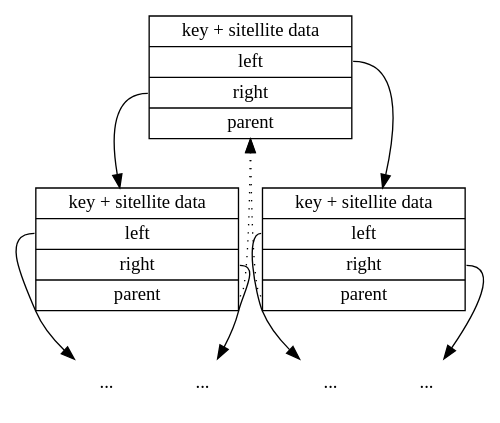
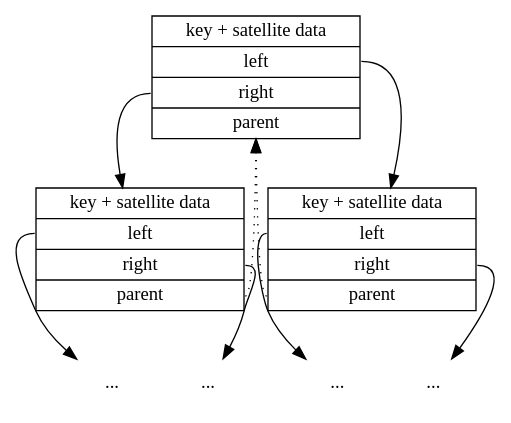
The diagram in datastruct/tree/binary-search-tree/img/node-layout-parent.dot (liuxinyu95/AlgoXY), drawn with Graphviz before and after one commit. The commit also changed 1 other file, not shown here.

```diff
--- a/datastruct/tree/binary-search-tree/img/node-layout-parent.dot
+++ b/datastruct/tree/binary-search-tree/img/node-layout-parent.dot
@@ -1,18 +1,18 @@
 digraph G{
   node [shape=record];
-  s1 [shape=record, label="{<k> key + sitellite data |<l> left|<r> right|<p> parent}"];
-  s2 [shape=record, label="{<k> key + sitellite data |<l> left|<r> right|<p> parent}"];
-  s3 [shape=record, label="{<k> key + sitellite data |<l> left|<r> right|<p> parent}"];
+  s1 [shape=record, label="{<k> key + satellite data |<l> left|<r> right|<p> parent}"];
+  s2 [shape=record, label="{<k> key + satellite data |<l> left|<r> right|<p> parent}"];
+  s3 [shape=record, label="{<k> key + satellite data |<l> left|<r> right|<p> parent}"];
   s1:r->s2;
   s2:p->s1 [style=dotted];
   s1:l->s3;
   s3:p->s1 [style=dotted];
   s2l [shape=plaintext, label="..."];
   s2r [shape=plaintext, label="..."];
   s3l [shape=plaintext, label="..."];
   s3r [shape=plaintext, label="..."];
   s2:l->s2l;
   s2:r->s2r;
   s3:l->s3l;
   s3:r->s3r;
 }
```
